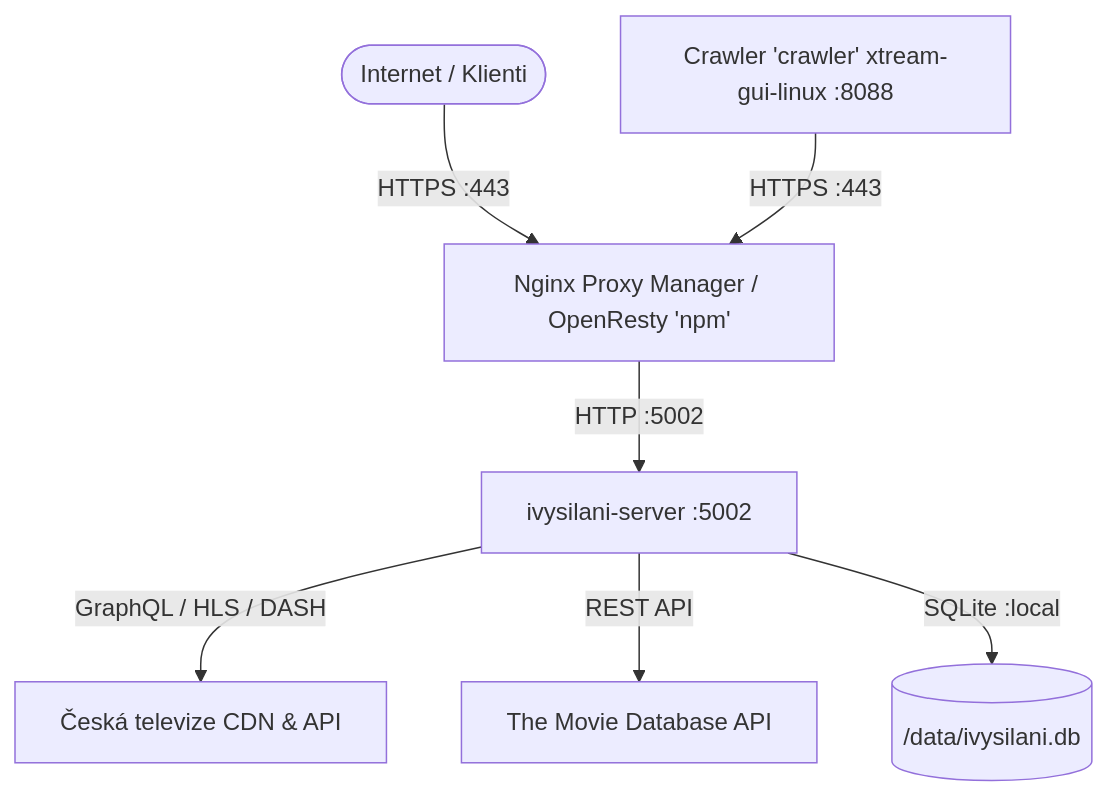
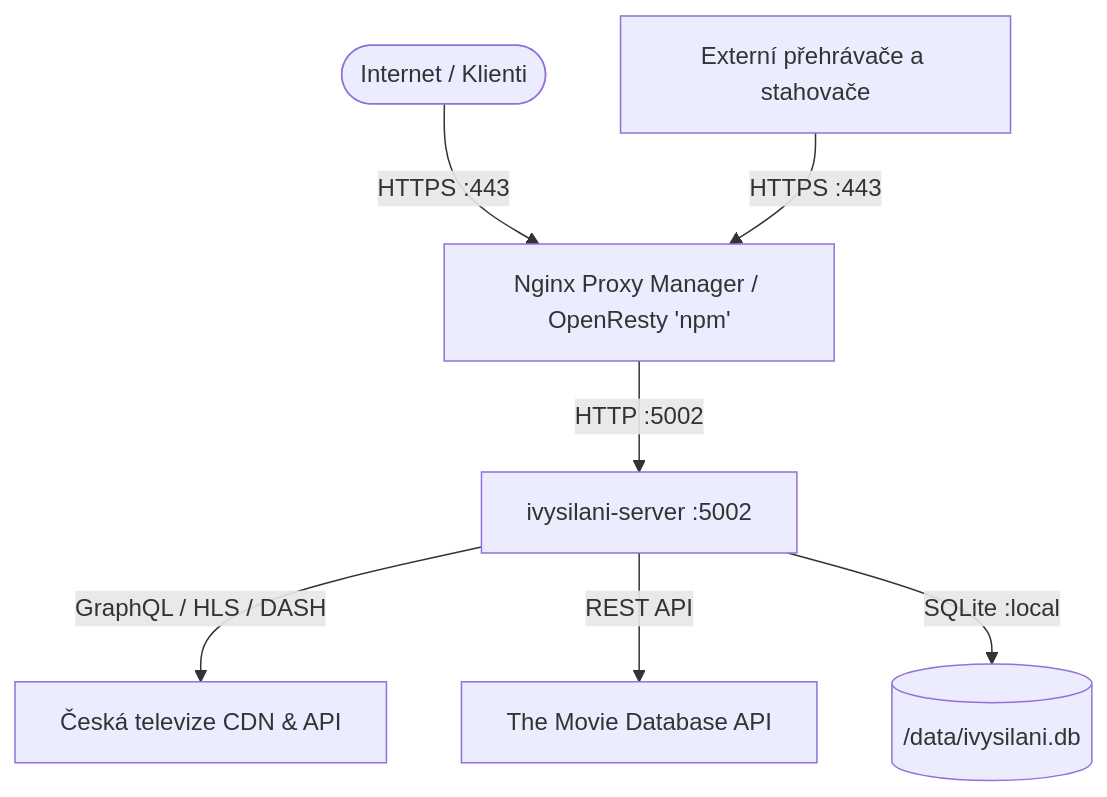
The diagram in AGENT_HANDOVER.md (TheLittleRock/ivysilani-server), drawn with Mermaid before and after one commit. The commit also changed other lines of this file and 8 other files, not shown here.

````diff
--- a/AGENT_HANDOVER.md
+++ b/AGENT_HANDOVER.md
@@ -25,9 +25,9 @@
 ```mermaid
 flowchart TD
     Internet([Internet / Klienti]) -->|HTTPS :443| NPM[Nginx Proxy Manager / OpenResty 'npm']
-    Crawler[Crawler 'crawler' xtream-gui-linux :8088] -->|HTTPS :443| NPM
+    ExtClients[Externí přehrávače a stahovače] -->|HTTPS :443| NPM
     NPM -->|HTTP :5002| App[ivysilani-server :5002]
     App -->|GraphQL / HLS / DASH| CT[Česká televize CDN & API]
     App -->|REST API| TMDB[The Movie Database API]
     App -->|SQLite :local| DB[(/data/ivysilani.db)]
 ```
````
